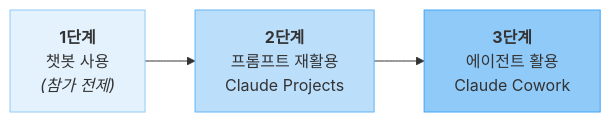
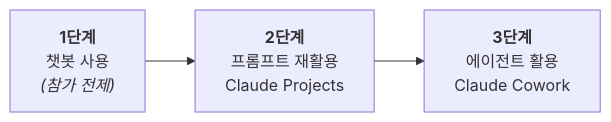
The first of 2 diagrams in slides/slides.md (scroogy-dev/ai-onboarding), drawn with Mermaid before and after one commit. The commit also changed other lines of this file and 6 other files, not shown here.

First line of the commit message:
chore: 슬라이드 테마를 the-unnamed로 전환 + dark mermaid 셋업 (#13)

````diff
--- a/slides/slides.md
+++ b/slides/slides.md
@@ -115,10 +115,7 @@
 ```mermaid {scale: 0.85}
 flowchart LR
     A["<b>1단계</b><br/>챗봇 사용<br/><i>(참가 전제)</i>"]
     B["<b>2단계</b><br/>프롬프트 재활용<br/>Claude Projects"]
     C["<b>3단계</b><br/>에이전트 활용<br/>Claude Cowork"]
     A --> B --> C
-    style A fill:#e3f2fd,stroke:#90caf9
-    style B fill:#bbdefb,stroke:#64b5f6
-    style C fill:#90caf9,stroke:#42a5f5
 ```
````
